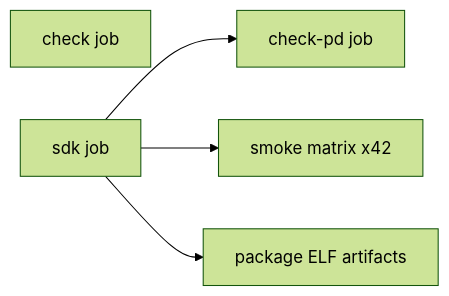
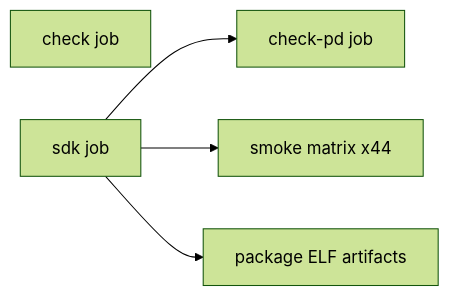
Before and after one commit to julerex/lerux: the diagram in docs/ci.md, drawn with Mermaid (forest theme). The commit also changed other lines of this file and 22 other files, not shown here.

````diff
--- a/docs/ci.md
+++ b/docs/ci.md
@@ -13,11 +13,11 @@
 ```mermaid
 flowchart LR
   check[check job]
   sdk[sdk job]
   checkPd[check-pd job]
-  smoke[smoke matrix x42]
+  smoke[smoke matrix x44]
   package[package ELF artifacts]
   sdk --> checkPd
   sdk --> smoke
   sdk --> package
 ```
````
